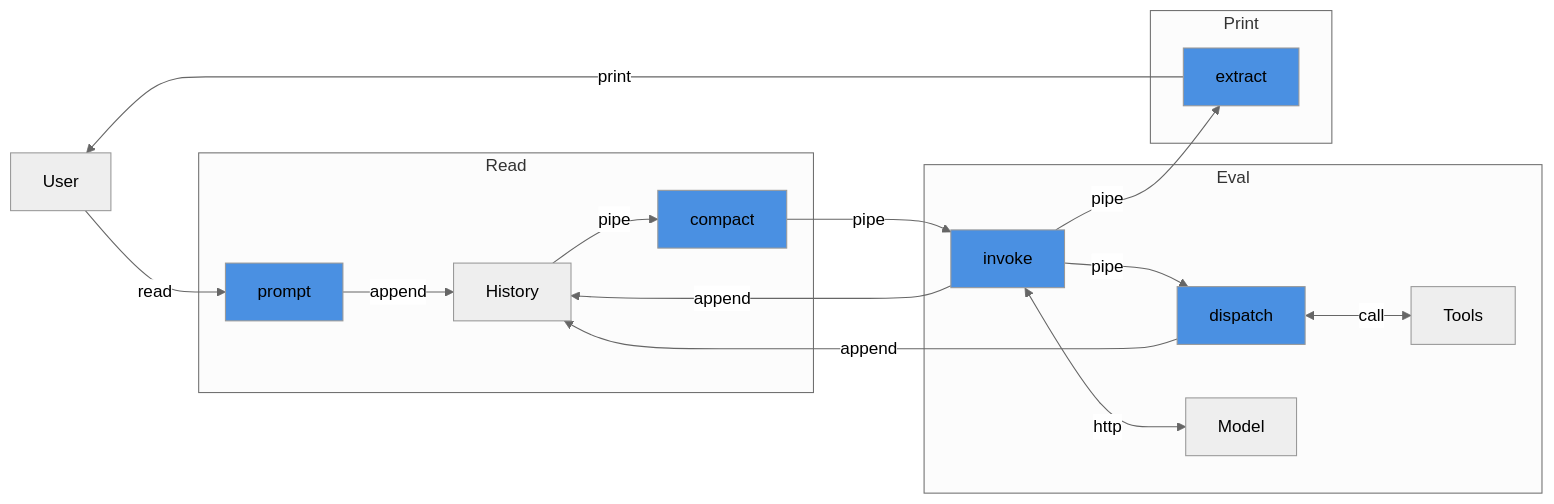
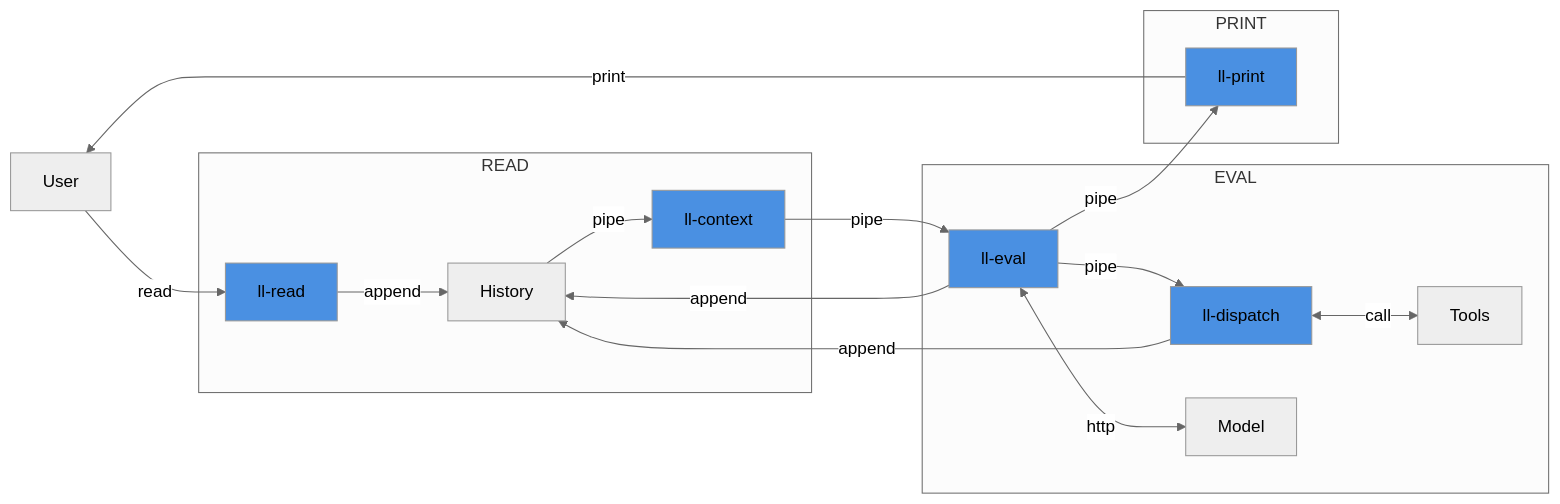
The diagram in README.md (cloudkj/llayer), drawn with Mermaid (neutral theme) before and after one commit. The commit also changed other lines of this file and 8 other files, not shown here.

````diff
--- a/README.md
+++ b/README.md
@@ -64,39 +40,39 @@
 ```mermaid
 graph LR
     User
 
-    subgraph Read
-        prompt
+    subgraph READ
+        ll-read
         History
-        compact
+        ll-context
     end
 
-    subgraph Eval
-        invoke
-        dispatch
+    subgraph EVAL
+        ll-eval
+        ll-dispatch
         Model
         Tools
     end
 
-    subgraph Print
-        extract
+    subgraph PRINT
+        ll-print
     end
 
-    User -->|read| prompt
-    prompt -->|append| History
-    History -->|pipe| compact
-    compact -->|pipe| invoke
-    invoke -->|append| History
-    invoke -->|pipe| dispatch
-    dispatch <-->|call|Tools
-    dispatch -->|append| History
-    invoke -->|pipe| extract
-    invoke <-->|http| Model
-    extract -->|print| User
+    User -->|read| ll-read
+    ll-read -->|append| History
+    History -->|pipe| ll-context
+    ll-context -->|pipe| ll-eval
+    ll-eval -->|append| History
+    ll-eval -->|pipe| ll-dispatch
+    ll-dispatch <-->|call|Tools
+    ll-dispatch -->|append| History
+    ll-eval -->|pipe| ll-print
+    ll-eval <-->|http| Model
+    ll-print -->|print| User
 
-    style prompt fill:#4A90E2
-    style compact fill:#4A90E2
-    style invoke fill:#4A90E2
-    style dispatch fill:#4A90E2
-    style extract fill:#4A90E2
+    style ll-read fill:#4A90E2
+    style ll-context fill:#4A90E2
+    style ll-eval fill:#4A90E2
+    style ll-dispatch fill:#4A90E2
+    style ll-print fill:#4A90E2
 ```
````
